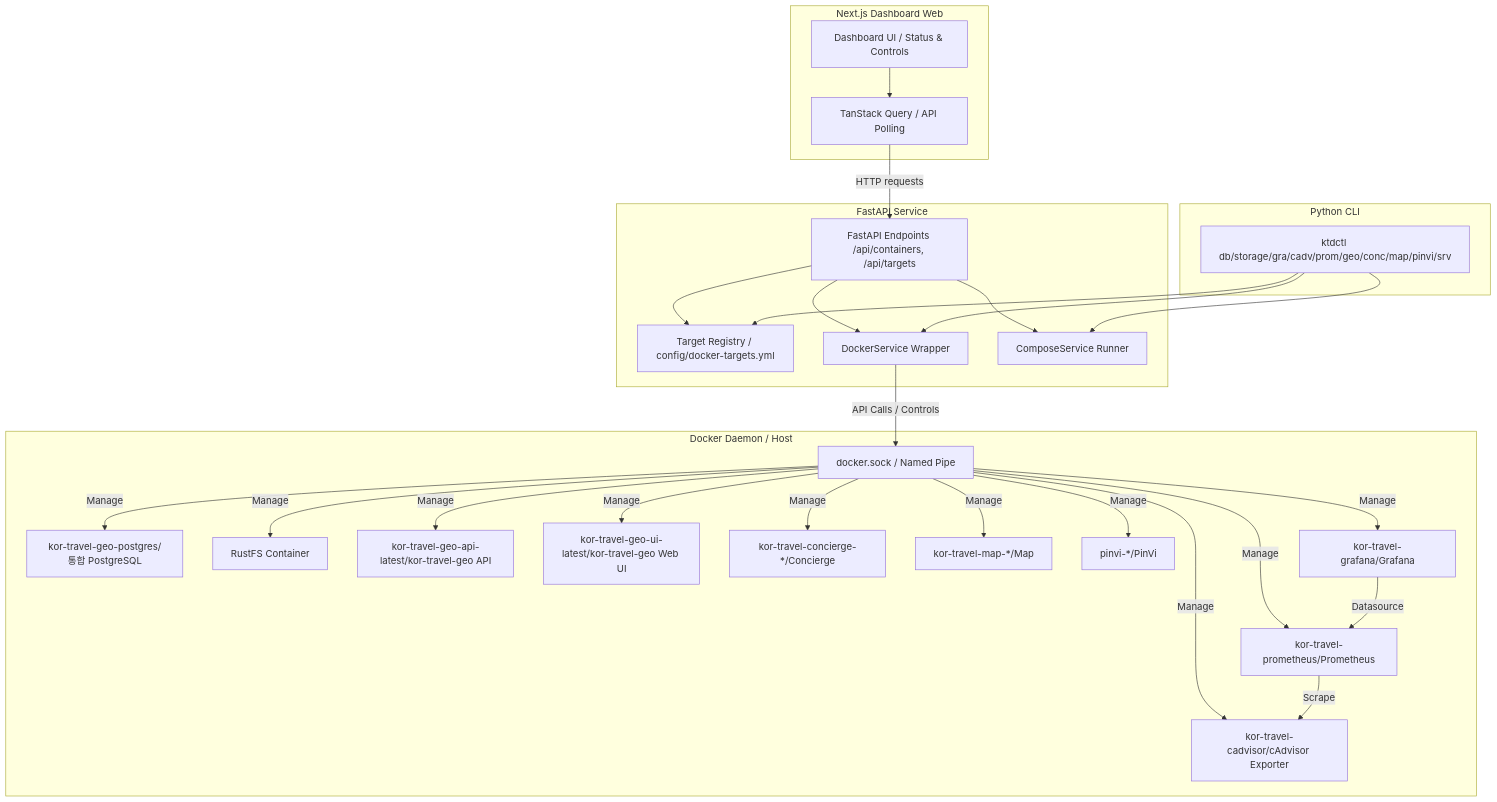
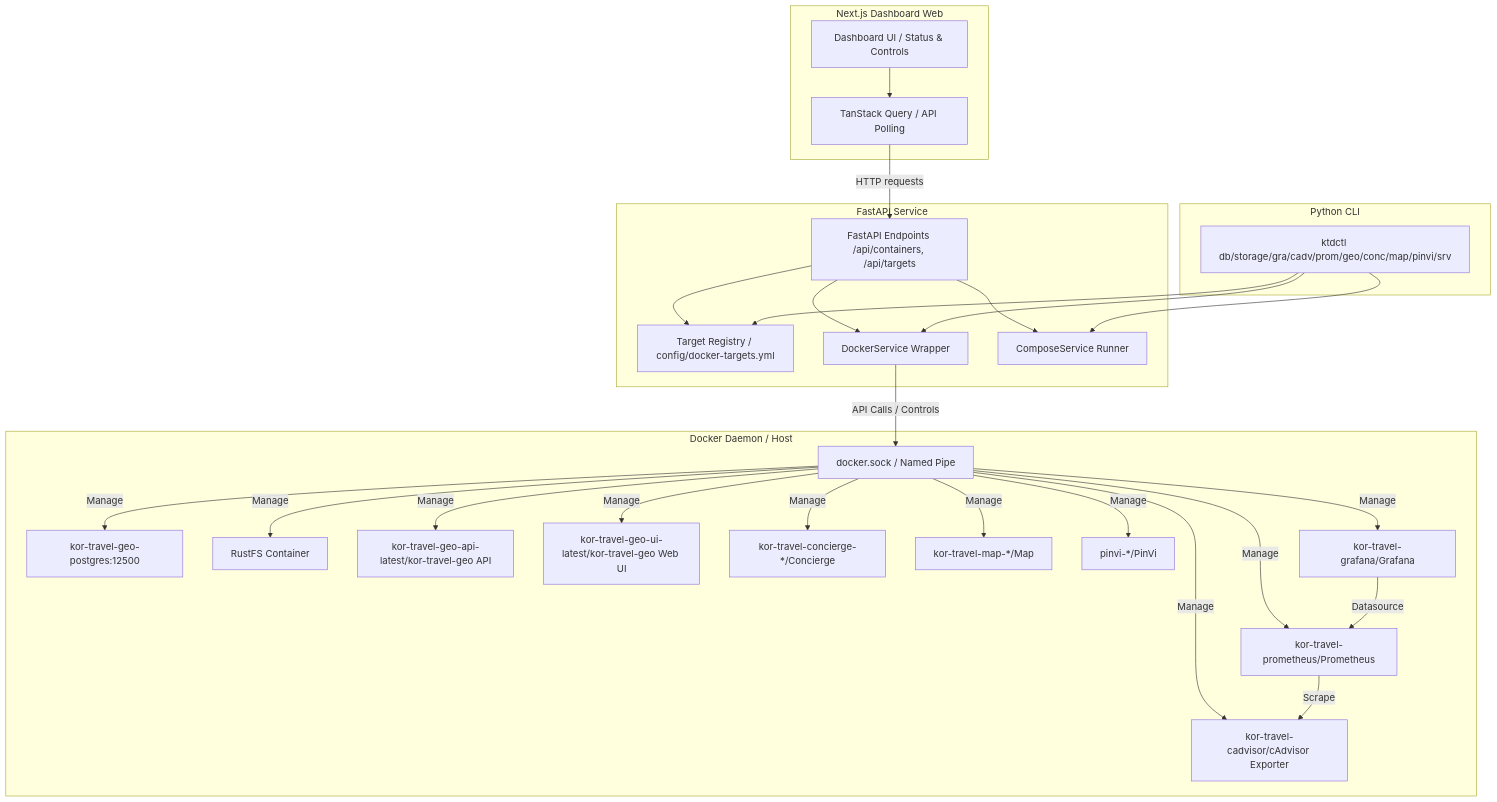
The diagram in docs/architecture.md (digitie/kor-travel-docker-manager), drawn with Mermaid before and after one commit. The commit also changed other lines of this file and 9 other files, not shown here.

````diff
--- a/docs/architecture.md
+++ b/docs/architecture.md
@@ -11,55 +11,55 @@
 ```mermaid
 graph TD
     subgraph Frontend [Next.js Dashboard Web]
         UI[Dashboard UI / Status & Controls]
         TQ[TanStack Query / API Polling]
         UI --> TQ
     end
 
     subgraph Backend [FastAPI Service]
         API[FastAPI Endpoints /api/containers, /api/targets]
         REG[Target Registry / config/docker-targets.yml]
         DS[DockerService Wrapper]
         CS[ComposeService Runner]
         API --> REG
         API --> DS
         API --> CS
     end
 
     subgraph CLI [Python CLI]
         CLI_CMD[ktdctl db/storage/gra/cadv/prom/geo/conc/map/pinvi/srv]
         CLI_CMD --> REG
         CLI_CMD --> DS
         CLI_CMD --> CS
     end
 
     subgraph Infrastructure [Docker Daemon / Host]
         D_Sock[docker.sock / Named Pipe]
-        C_PG[kor-travel-geo-postgres/통합 PostgreSQL]
+        C_PG[kor-travel-geo-postgres:12500]
         C_RFS[RustFS Container]
         C_GEO_API[kor-travel-geo-api-latest/kor-travel-geo API]
         C_GEO_UI[kor-travel-geo-ui-latest/kor-travel-geo Web UI]
         C_CONC[kor-travel-concierge-*/Concierge]
         C_MAP[kor-travel-map-*/Map]
         C_PINVI[pinvi-*/PinVi]
         C_PROM[kor-travel-prometheus/Prometheus]
         C_GRAF[kor-travel-grafana/Grafana]
         C_EXP[kor-travel-cadvisor/cAdvisor Exporter]
         
         DS -->|API Calls / Controls| D_Sock
         D_Sock -->|Manage| C_PG
         D_Sock -->|Manage| C_RFS
         D_Sock -->|Manage| C_GEO_API
         D_Sock -->|Manage| C_GEO_UI
         D_Sock -->|Manage| C_CONC
         D_Sock -->|Manage| C_MAP
         D_Sock -->|Manage| C_PINVI
         D_Sock -->|Manage| C_PROM
         D_Sock -->|Manage| C_GRAF
         D_Sock -->|Manage| C_EXP
         C_PROM -->|Scrape| C_EXP
         C_GRAF -->|Datasource| C_PROM
     end
     
     TQ -->|HTTP requests| API
 ```
````
